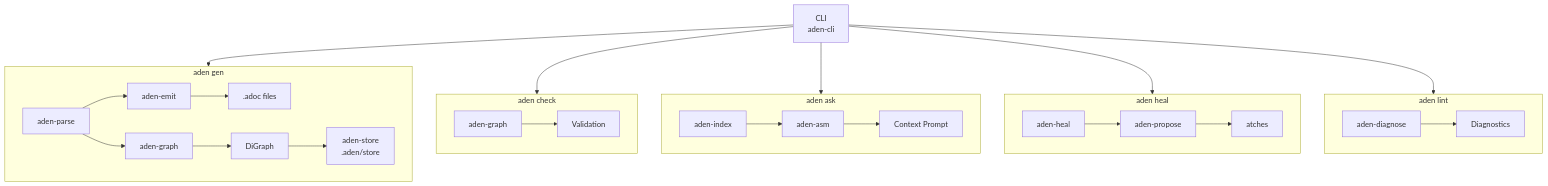
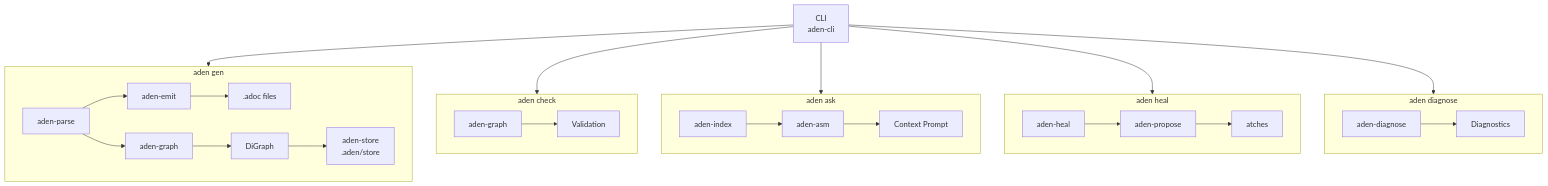
One commit to RioPlay/aden changed the fourth of 4 diagrams in docs/architecture.adoc. Above: the diagram before and after it, drawn with Mermaid. The commit also changed other lines of this file and 10 other files, not shown here.

```diff
--- a/docs/architecture.adoc
+++ b/docs/architecture.adoc
@@ -297,33 +306,33 @@
 [mermaid, data-flow, svg]
 ----
 flowchart TD
     CLI[CLI<br/>aden-cli]
 
     subgraph gen[aden gen]
         P1[aden-parse] --> E[aden-emit] --> F[.adoc files]
         P1 --> G[aden-graph] --> DG[DiGraph]
         DG --> ST[aden-store<br/>.aden/store]
     end
 
     subgraph check[aden check]
         G2[aden-graph] --> V[Validation]
     end
 
     subgraph ask[aden ask]
         I[aden-index] --> A[aden-asm] --> CP[Context Prompt]
     end
 
     subgraph heal[aden heal]
         H[aden-heal] --> PR[aden-propose] --> P[atches]
     end
 
-    subgraph lint[aden lint]
+    subgraph diagnose[aden diagnose]
         DI[aden-diagnose] --> DR[Diagnostics]
     end
 
     CLI --> gen
     CLI --> check
     CLI --> ask
     CLI --> heal
-    CLI --> lint
+    CLI --> diagnose
 ----
```
